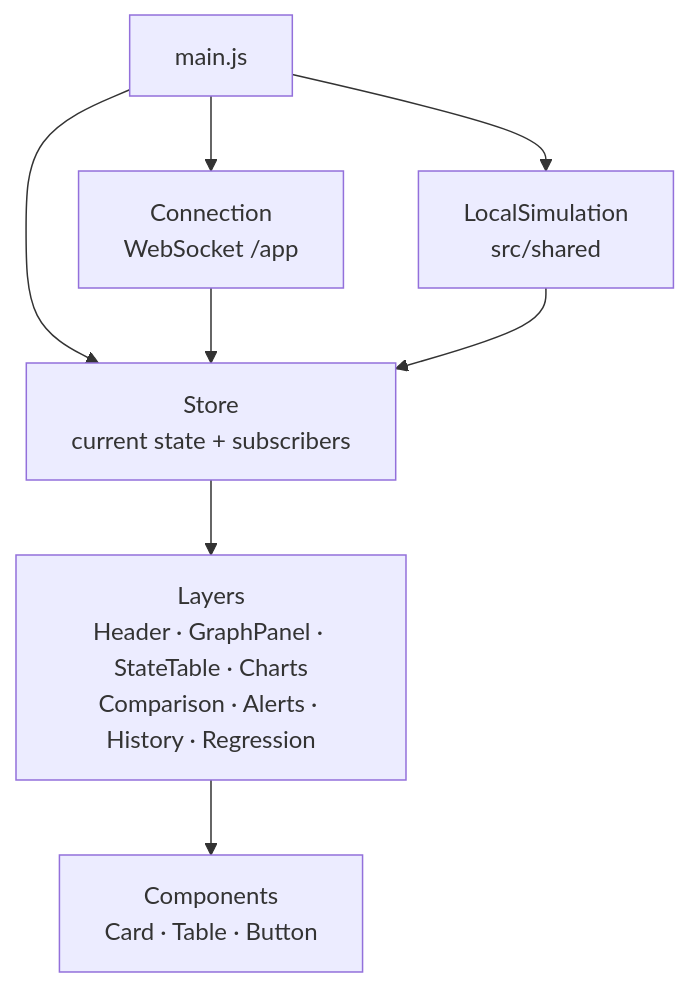
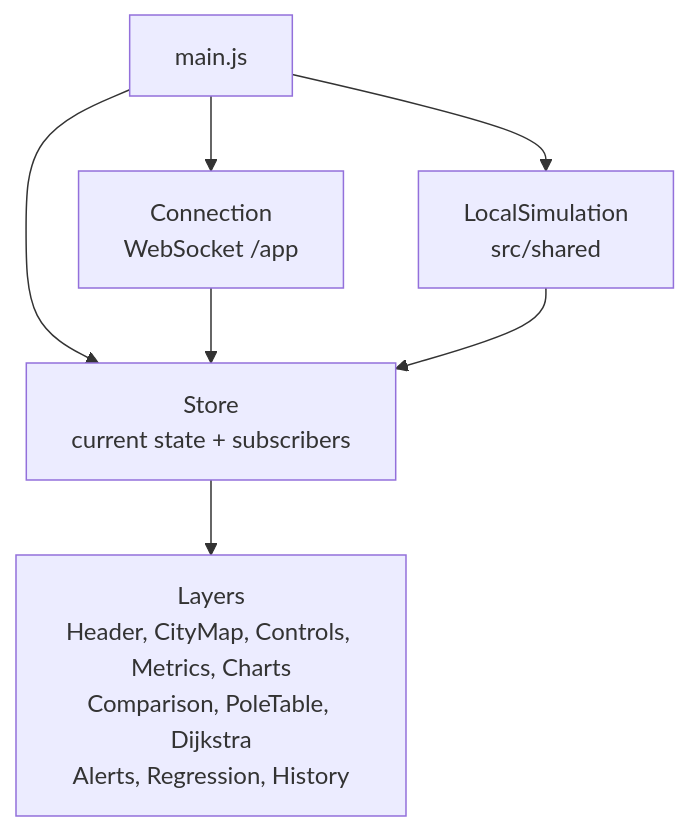
The fourth of 4 diagrams in docs/architecture.md (olmescode/cp2-alumbrado), drawn with Mermaid before and after one commit. The commit also changed 7 other files, not shown here.

````diff
--- a/docs/architecture.md
+++ b/docs/architecture.md
@@ -69,10 +69,9 @@
 ```mermaid
 flowchart TB
   MAIN[main.js] --> CONNECTION[Connection<br/>WebSocket /app]
   MAIN --> SIMULATION[LocalSimulation<br/>src/shared]
   MAIN --> STORE[Store<br/>current state + subscribers]
   CONNECTION --> STORE
   SIMULATION --> STORE
-  STORE --> LAYERS[Layers<br/>Header · GraphPanel · StateTable · Charts<br/>Comparison · Alerts · History · Regression]
-  LAYERS --> COMPONENTS[Components<br/>Card · Table · Button]
+  STORE --> LAYERS[Layers<br/>Header, CityMap, Controls, Metrics, Charts<br/>Comparison, PoleTable, Dijkstra<br/>Alerts, Regression, History]
 ```
````
